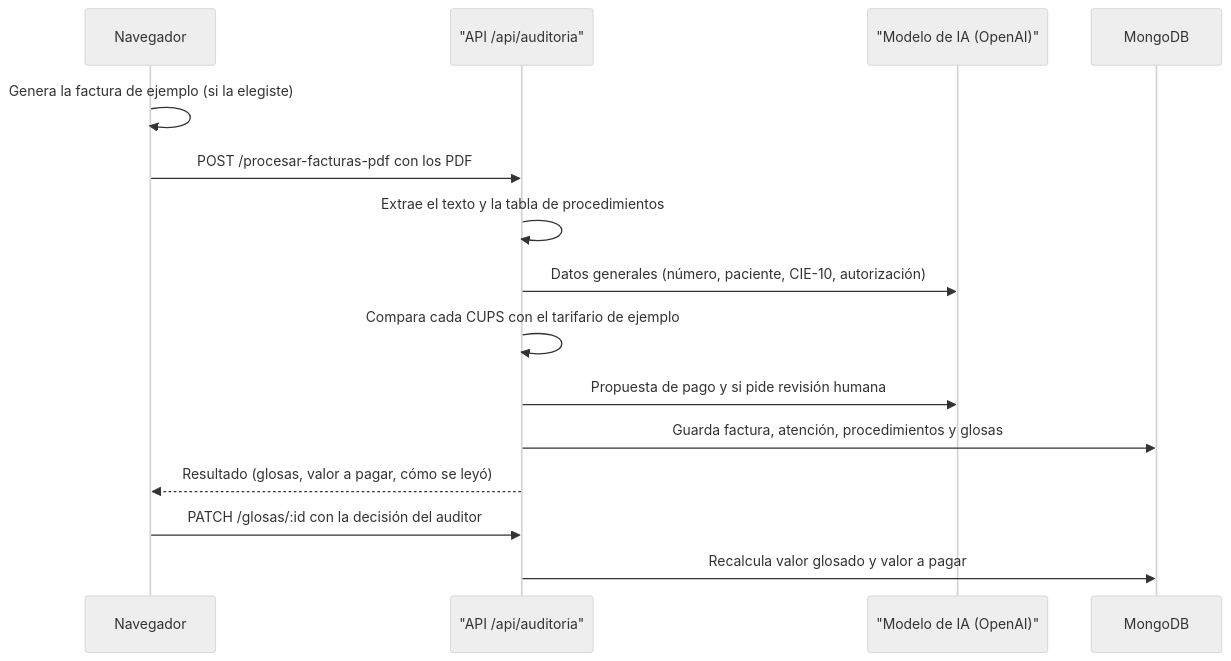
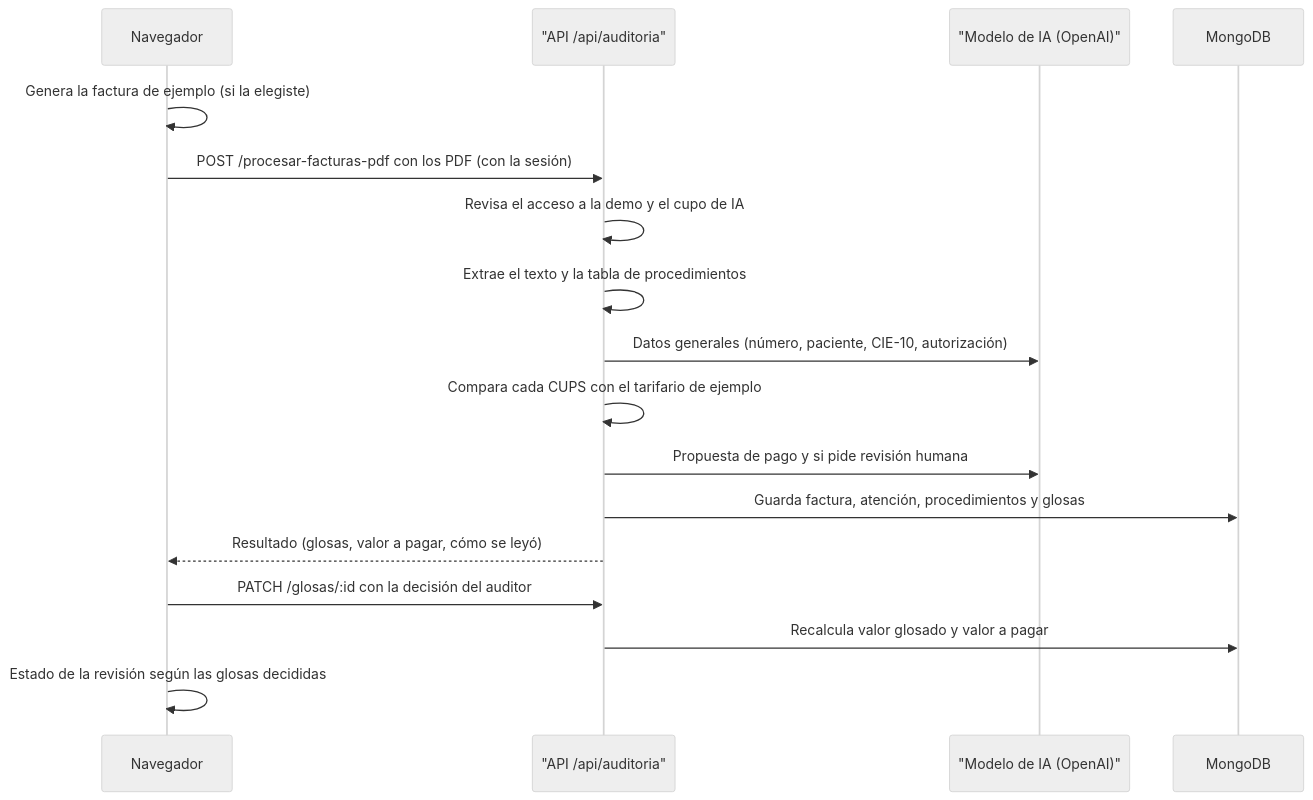
One commit to ronalc90/koptup changed the first of 2 diagrams in docs/wiki/Guia-Demo-cuentas-medicas.md. Above: the diagram before and after it, drawn with Mermaid (neutral theme). The commit also changed other lines of this file and 37 other files, not shown here.

````diff
--- a/docs/wiki/Guia-Demo-cuentas-medicas.md
+++ b/docs/wiki/Guia-Demo-cuentas-medicas.md
@@ -134,17 +149,19 @@
 ```mermaid
 sequenceDiagram
     participant N as Navegador
     participant A as "API /api/auditoria"
     participant IA as "Modelo de IA (OpenAI)"
     participant BD as MongoDB
     N->>N: Genera la factura de ejemplo (si la elegiste)
-    N->>A: POST /procesar-facturas-pdf con los PDF
+    N->>A: POST /procesar-facturas-pdf con los PDF (con la sesión)
+    A->>A: Revisa el acceso a la demo y el cupo de IA
     A->>A: Extrae el texto y la tabla de procedimientos
     A->>IA: Datos generales (número, paciente, CIE-10, autorización)
     A->>A: Compara cada CUPS con el tarifario de ejemplo
     A->>IA: Propuesta de pago y si pide revisión humana
     A->>BD: Guarda factura, atención, procedimientos y glosas
     A-->>N: Resultado (glosas, valor a pagar, cómo se leyó)
     N->>A: PATCH /glosas/:id con la decisión del auditor
     A->>BD: Recalcula valor glosado y valor a pagar
+    N->>N: Estado de la revisión según las glosas decididas
 ```
````
